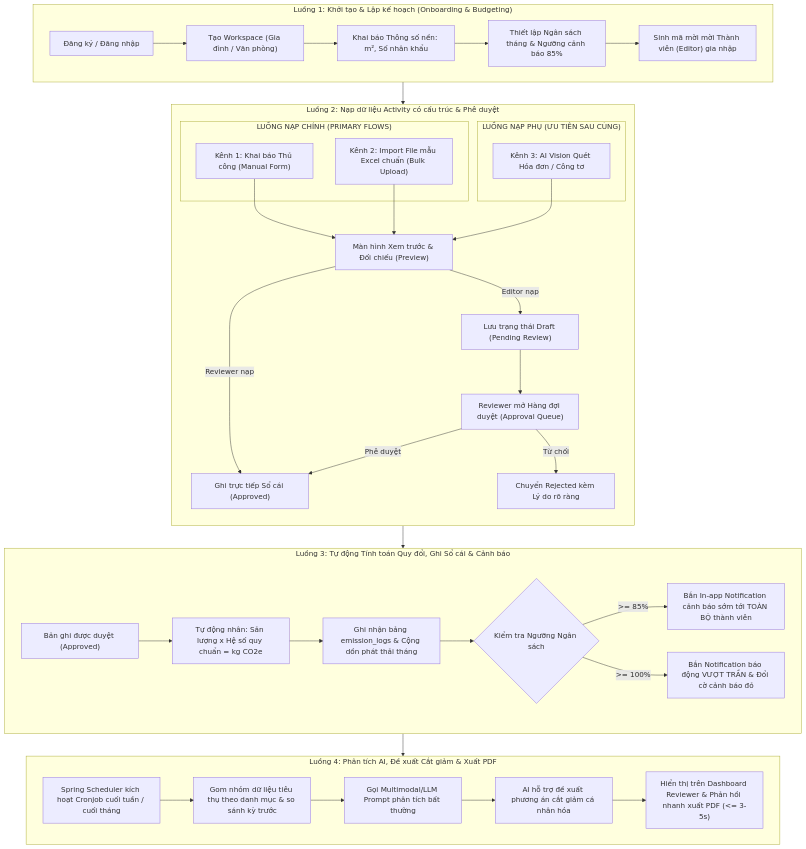
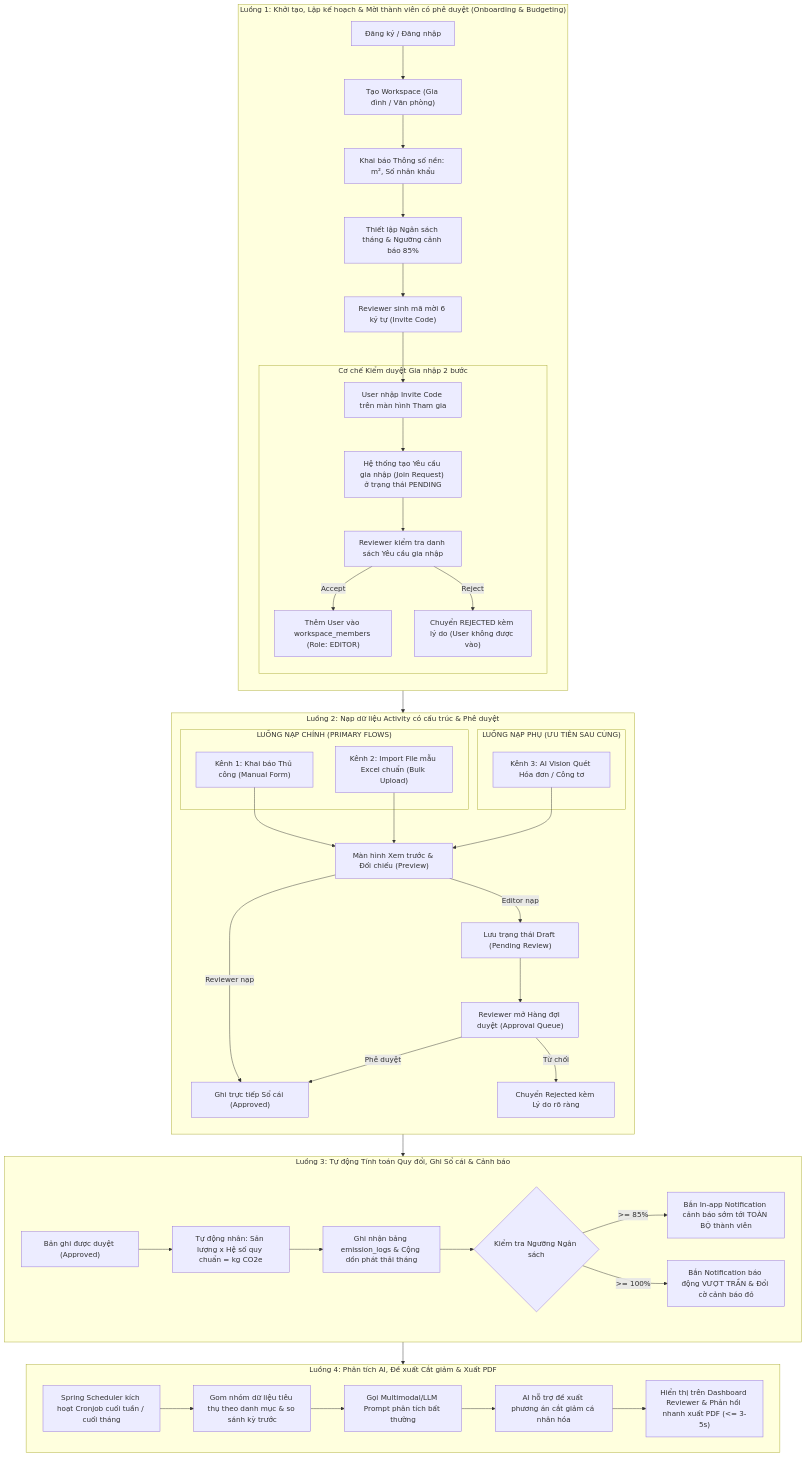
Before and after one commit to DatTienNguyenn/PMDC-BATCH4-DATNT250: the second of 7 diagrams in docs/PRD.md, drawn with Mermaid. The commit also changed other lines of this file and 5 other files, not shown here.

Commit message:
docs: define two-step workspace join approval flow and add workspace_join_requests table to DB schema

````diff
--- a/docs/PRD.md
+++ b/docs/PRD.md
@@ -158,44 +160,53 @@
 ```mermaid
 flowchart TD
-    subgraph Flow1["Luồng 1: Khởi tạo & Lập kế hoạch (Onboarding & Budgeting)"]
+    subgraph Flow1["Luồng 1: Khởi tạo, Lập kế hoạch & Mời thành viên có phê duyệt (Onboarding & Budgeting)"]
+        direction TB
         A1["Đăng ký / Đăng nhập"] --> A2["Tạo Workspace (Gia đình / Văn phòng)"]
         A2 --> A3["Khai báo Thông số nền: m², Số nhân khẩu"]
         A3 --> A4["Thiết lập Ngân sách tháng & Ngưỡng cảnh báo 85%"]
-        A4 --> A5["Sinh mã mời mời Thành viên (Editor) gia nhập"]
+        A4 --> A5["Reviewer sinh mã mời 6 ký tự (Invite Code)"]
+        
+        subgraph JoinApprovalFlow["Cơ chế Kiểm duyệt Gia nhập 2 bước"]
+            JA1["User nhập Invite Code trên màn hình Tham gia"] --> JA2["Hệ thống tạo Yêu cầu gia nhập (Join Request) ở trạng thái PENDING"]
+            JA2 --> JA3["Reviewer kiểm tra danh sách Yêu cầu gia nhập"]
+            JA3 -->|Accept| JA4["Thêm User vào workspace_members (Role: EDITOR)"]
+            JA3 -->|Reject| JA5["Chuyển REJECTED kèm lý do (User không được vào)"]
+        end
+        A5 --> JA1
     end
 
     subgraph Flow2["Luồng 2: Nạp dữ liệu Activity có cấu trúc & Phê duyệt"]
         direction TB
         subgraph PrimaryIngestion["LUỒNG NẠP CHÍNH (PRIMARY FLOWS)"]
             B1["Kênh 1: Khai báo Thủ công (Manual Form)"]
             B2["Kênh 2: Import File mẫu Excel chuẩn (Bulk Upload)"]
         end
         subgraph SecondaryIngestion["LUỒNG NẠP PHỤ (ƯU TIÊN SAU CÙNG)"]
             B3["Kênh 3: AI Vision Quét Hóa đơn / Công tơ"]
         end
         
         B1 & B2 & B3 --> B4["Màn hình Xem trước & Đối chiếu (Preview)"]
         B4 -->|Editor nạp| B5["Lưu trạng thái Draft (Pending Review)"]
         B4 -->|Reviewer nạp| B6["Ghi trực tiếp Sổ cái (Approved)"]
         B5 --> B7["Reviewer mở Hàng đợi duyệt (Approval Queue)"]
         B7 -->|Phê duyệt| B6
         B7 -->|Từ chối| B8["Chuyển Rejected kèm Lý do rõ ràng"]
     end
 
     subgraph Flow3["Luồng 3: Tự động Tính toán Quy đổi, Ghi Sổ cái & Cảnh báo"]
         C1["Bản ghi được duyệt (Approved)"] --> C2["Tự động nhân: Sản lượng x Hệ số quy chuẩn = kg CO2e"]
         C2 --> C3["Ghi nhận bảng emission_logs & Cộng dồn phát thải tháng"]
         C3 --> C4{"Kiểm tra Ngưỡng Ngân sách"}
         C4 -->|>= 85%| C5["Bắn In-app Notification cảnh báo sớm tới TOÀN BỘ thành viên"]
         C4 -->|>= 100%| C6["Bắn Notification báo động VƯỢT TRẦN & Đổi cờ cảnh báo đỏ"]
     end
 
     subgraph Flow4["Luồng 4: Phân tích AI, Đề xuất Cắt giảm & Xuất PDF"]
         D1["Spring Scheduler kích hoạt Cronjob cuối tuần / cuối tháng"] --> D2["Gom nhóm dữ liệu tiêu thụ theo danh mục & so sánh kỳ trước"]
         D2 --> D3["Gọi Multimodal/LLM Prompt phân tích bất thường"]
         D3 --> D4["AI hỗ trợ đề xuất phương án cắt giảm cá nhân hóa"]
         D4 --> D5["Hiển thị trên Dashboard Reviewer & Phản hồi nhanh xuất PDF (<= 3-5s)"]
     end
 
     Flow1 --> Flow2 --> Flow3 --> Flow4
 ```
````
